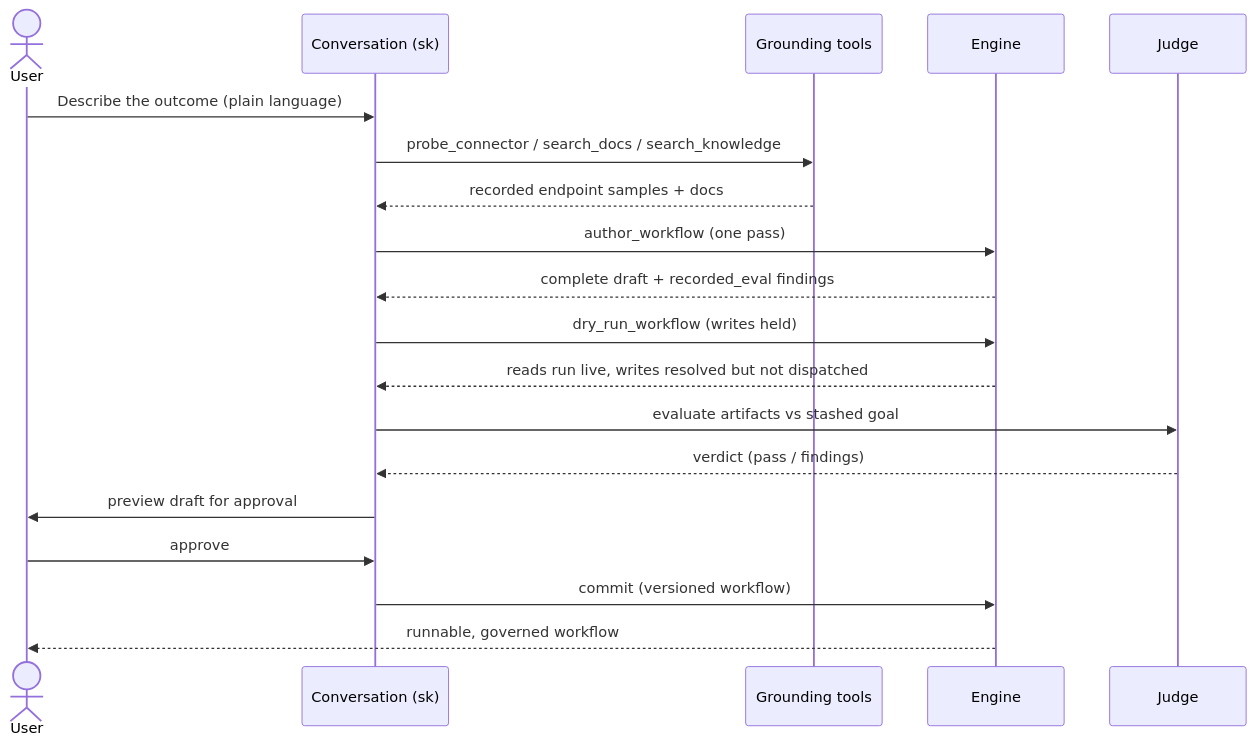
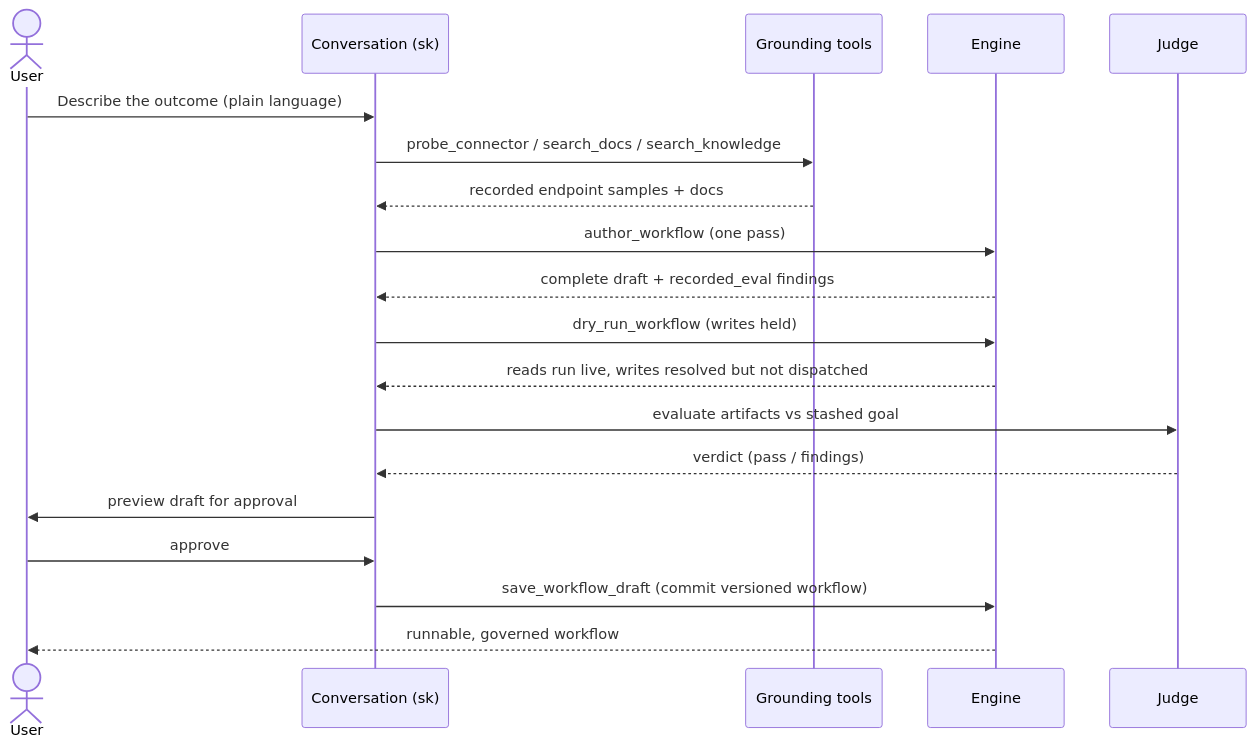
The first of 3 diagrams in docs/authors/authoring-workflows.md (MikeBild/subkit), drawn with Mermaid before and after one commit. The commit also changed other lines of this file and 22 other files, not shown here.

````diff
--- a/docs/authors/authoring-workflows.md
+++ b/docs/authors/authoring-workflows.md
@@ -36,21 +36,21 @@
 ```mermaid
 sequenceDiagram
     actor U as User
     participant C as Conversation (sk)
     participant G as Grounding tools
     participant E as Engine
     participant J as Judge
     U->>C: Describe the outcome (plain language)
     C->>G: probe_connector / search_docs / search_knowledge
     G-->>C: recorded endpoint samples + docs
     C->>E: author_workflow (one pass)
     E-->>C: complete draft + recorded_eval findings
     C->>E: dry_run_workflow (writes held)
     E-->>C: reads run live, writes resolved but not dispatched
     C->>J: evaluate artifacts vs stashed goal
     J-->>C: verdict (pass / findings)
     C->>U: preview draft for approval
     U->>C: approve
-    C->>E: commit (versioned workflow)
+    C->>E: save_workflow_draft (commit versioned workflow)
     E-->>U: runnable, governed workflow
 ```
````
